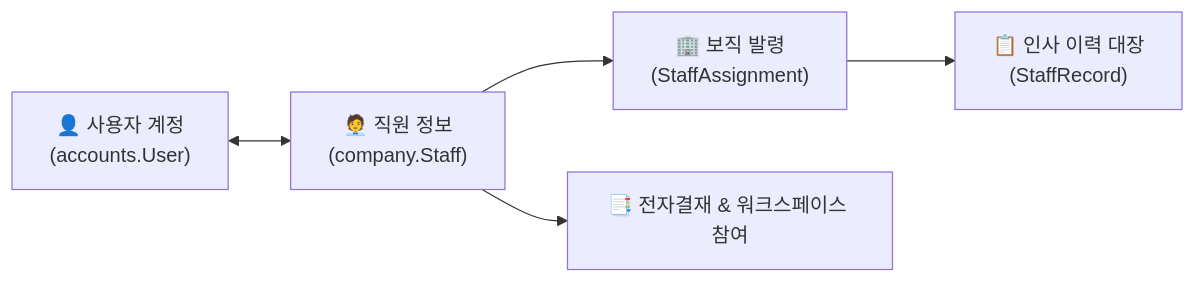
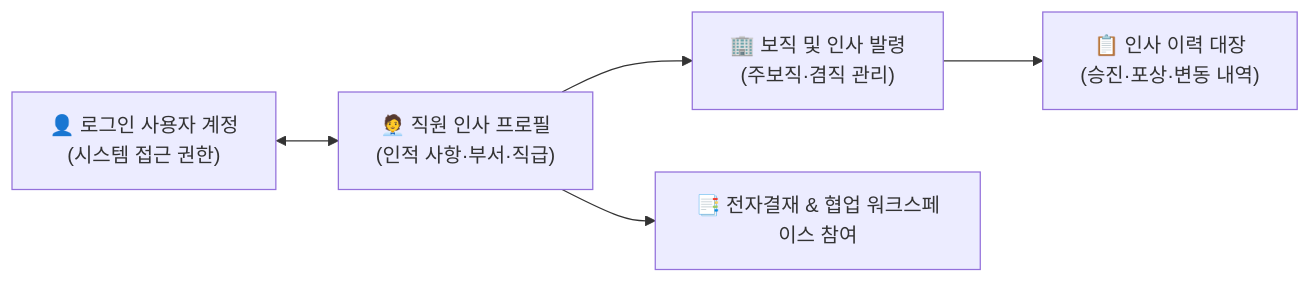
The diagram in app/vue/docs/hr-manage/staff.md (nc2U/ibs), drawn with Mermaid before and after one commit. The commit also changed other lines of this file and 7 other files, not shown here.

````diff
--- a/app/vue/docs/hr-manage/staff.md
+++ b/app/vue/docs/hr-manage/staff.md
@@ -8,7 +12,7 @@
 ```mermaid
 flowchart LR
-    A["👤 사용자 계정<br>(accounts.User)"] <--> B["🧑‍💼 직원 정보<br>(company.Staff)"]
-    B --> C["🏢 보직 발령<br>(StaffAssignment)"]
-    C --> D["📋 인사 이력 대장<br>(StaffRecord)"]
-    B --> E["📑 전자결재 & 워크스페이스 참여"]
+    A["👤 로그인 사용자 계정<br>(시스템 접근 권한)"] <--> B["🧑‍💼 직원 인사 프로필<br>(인적 사항·부서·직급)"]
+    B --> C["🏢 보직 및 인사 발령<br>(주보직·겸직 관리)"]
+    C --> D["📋 인사 이력 대장<br>(승진·포상·변동 내역)"]
+    B --> E["📑 전자결재 & 협업 워크스페이스 참여"]
 ```
````
